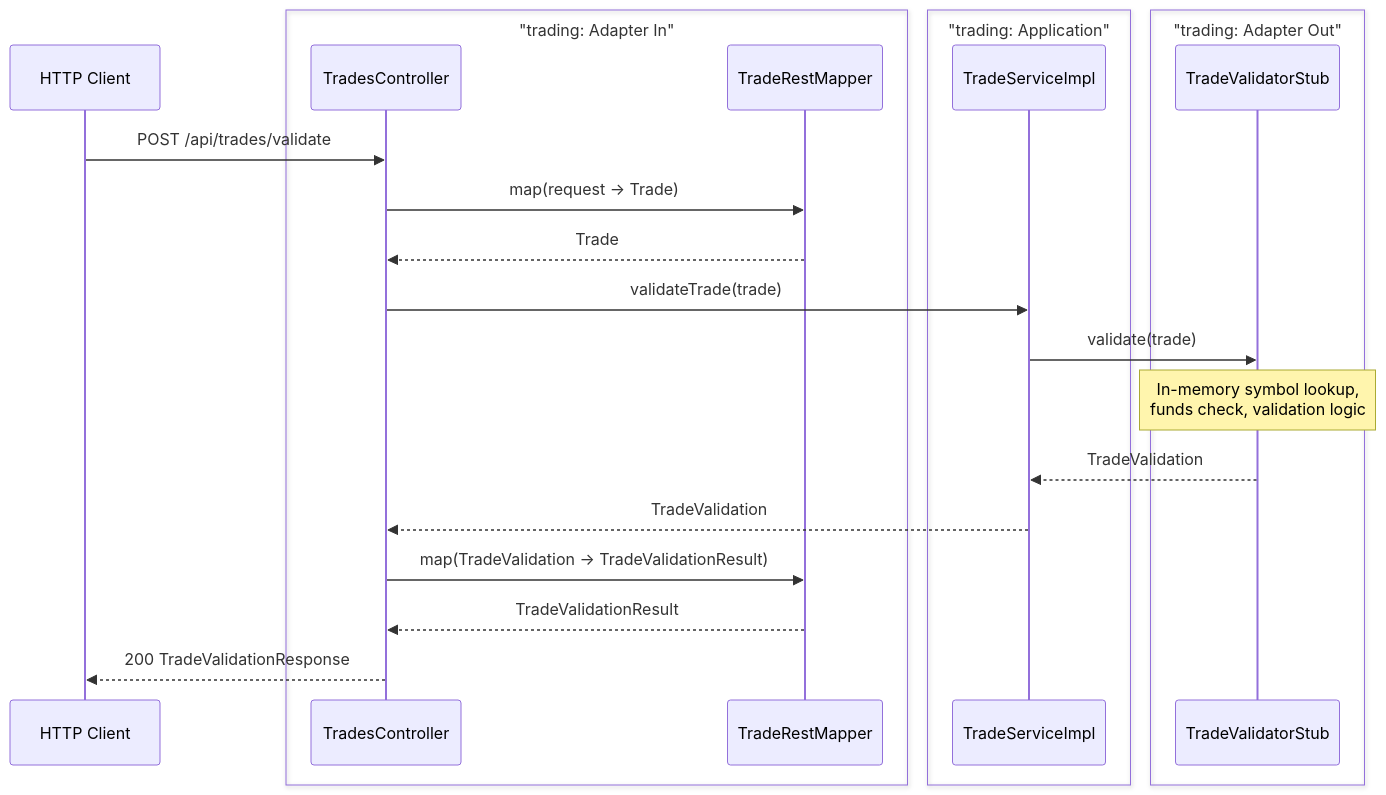
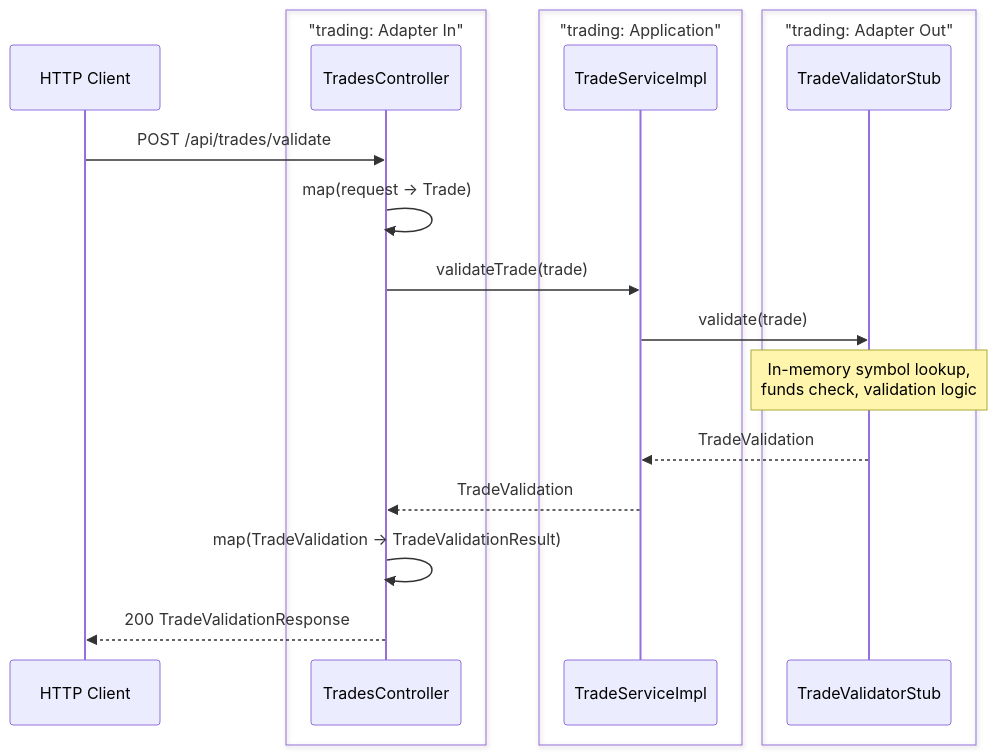
Before and after one commit to franBec/stonks-simulator: the third of 7 diagrams in stonks_java/README.md, drawn with Mermaid. The commit also changed other lines of this file and 9 other files, not shown here.

First line of the commit message:
Fix modulith module boundaries for cobol/config and update README diagrams

````diff
--- a/stonks_java/README.md
+++ b/stonks_java/README.md
@@ -83,26 +88,23 @@
 ```mermaid
 sequenceDiagram
     participant Client as HTTP Client
     box "trading: Adapter In"
     participant TC as TradesController
-    participant TRM as TradeRestMapper
     end
     box "trading: Application"
     participant TS as TradeServiceImpl
     end
     box "trading: Adapter Out"
     participant TVS as TradeValidatorStub
     end
 
     Client->>TC: POST /api/trades/validate
-    TC->>TRM: map(request → Trade)
-    TRM-->>TC: Trade
+    TC->>TC: map(request → Trade)
     TC->>TS: validateTrade(trade)
     TS->>TVS: validate(trade)
     Note over TVS: In-memory symbol lookup,<br/>funds check, validation logic
     TVS-->>TS: TradeValidation
     TS-->>TC: TradeValidation
-    TC->>TRM: map(TradeValidation → TradeValidationResult)
-    TRM-->>TC: TradeValidationResult
+    TC->>TC: map(TradeValidation → TradeValidationResult)
     TC-->>Client: 200 TradeValidationResponse
 ```
````
